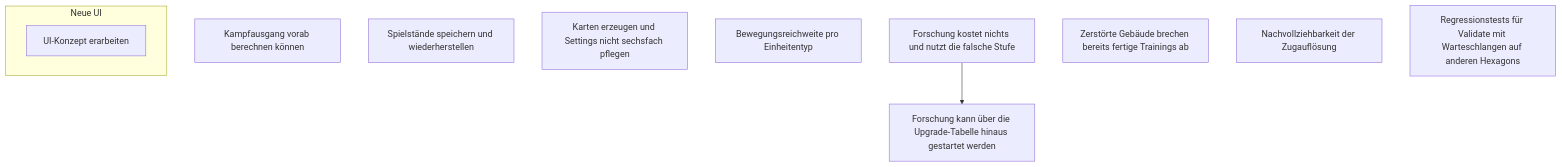
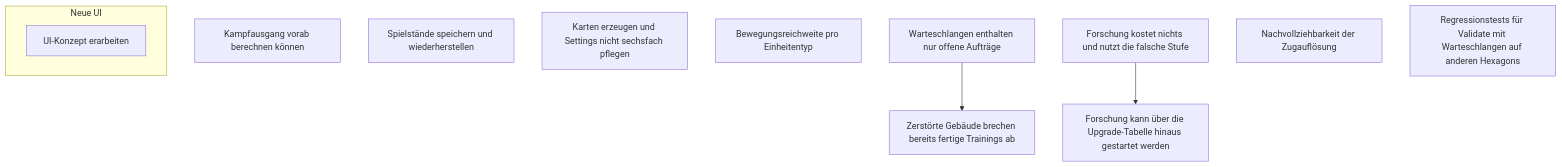
Before and after one commit to jasdefer/Simulturn: the diagram in views/dependencies.md, drawn with Mermaid. The commit also changed 12 other files, not shown here.

First line of the commit message:
Keep only pending work in the training, construction and research queues

````diff
--- a/views/dependencies.md
+++ b/views/dependencies.md
@@ -5,16 +5,18 @@
 ```mermaid
 flowchart TD
     combat-forecast-core["Kampfausgang vorab berechnen können"]
     game-persistence["Spielstände speichern und wiederherstellen"]
     map-generator-and-default-settings["Karten erzeugen und Settings nicht sechsfach pflegen"]
     movement-range["Bewegungsreichweite pro Einheitentyp"]
+    pending-only-queues["Warteschlangen enthalten nur offene Aufträge"]
     research-cost-and-duration["Forschung kostet nichts und nutzt die falsche Stufe"]
     research-level-validation["Forschung kann über die Upgrade-Tabelle hinaus gestartet werden"]
     training-cancellation-after-completion["Zerstörte Gebäude brechen bereits fertige Trainings ab"]
     turn-report["Nachvollziehbarkeit der Zugauflösung"]
     subgraph ui ["Neue UI"]
         ui-concept["UI-Konzept erarbeiten"]
     end
     validate-regression-tests["Regressionstests für Validate mit Warteschlangen auf anderen Hexagons"]
+    pending-only-queues --> training-cancellation-after-completion
     research-cost-and-duration --> research-level-validation
 ```
````
